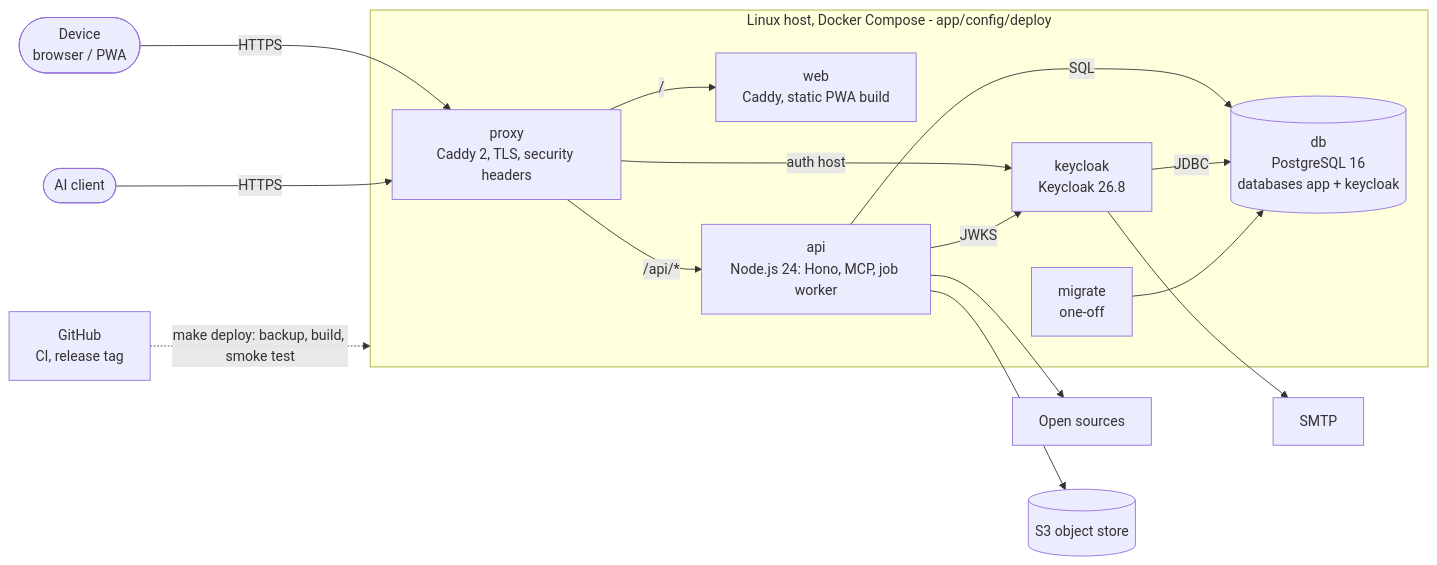
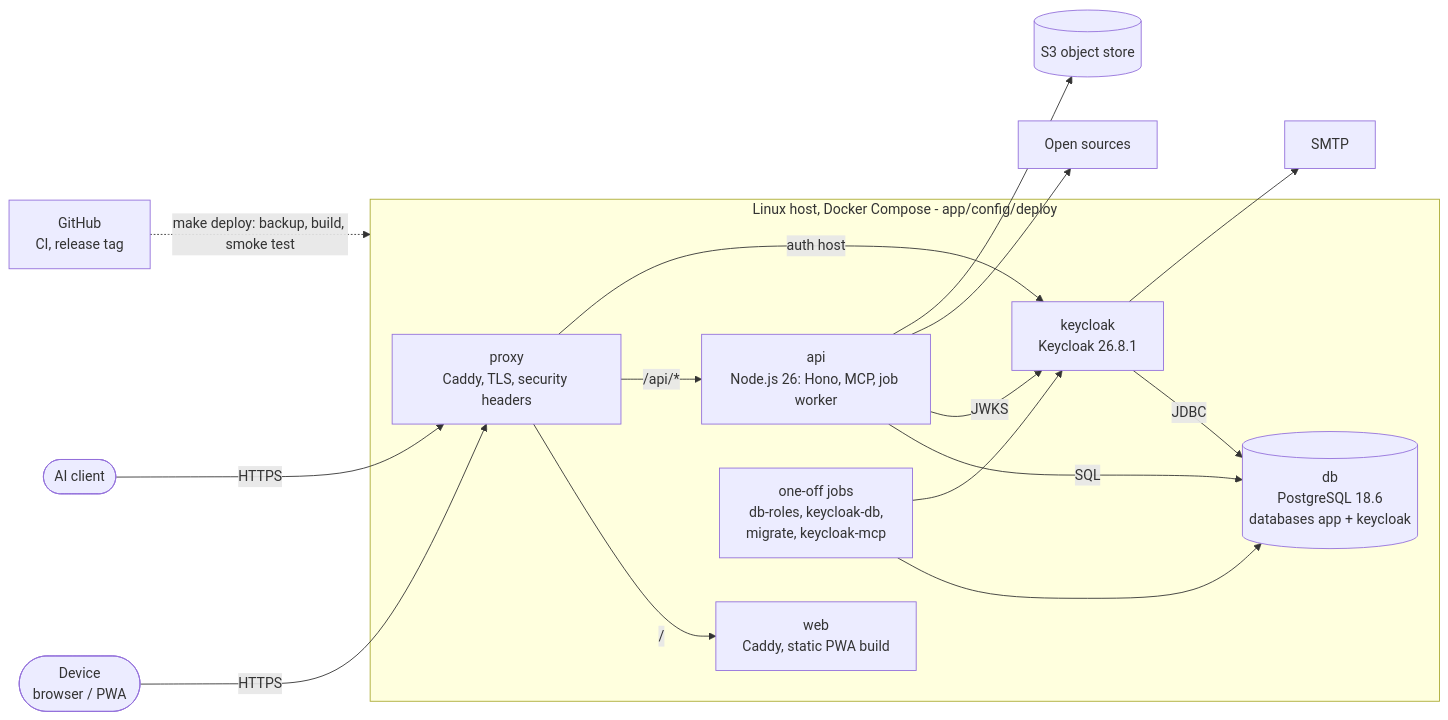
One commit to PflanzenDex/PflanzenDex changed the fifth of 5 diagrams in docs/guides/reference/arc42.md. Above: the diagram before and after it, drawn with Mermaid. The commit also changed other lines of this file, not shown here.

````diff
--- a/docs/guides/reference/arc42.md
+++ b/docs/guides/reference/arc42.md
@@ -246,30 +247,31 @@
 ```mermaid
 flowchart LR
   device([Device<br/>browser / PWA])
   aic([AI client])
   gh[GitHub<br/>CI, release tag]
   subgraph host [Linux host, Docker Compose - app/config/deploy]
-    proxy[proxy<br/>Caddy 2, TLS, security headers]
+    proxy[proxy<br/>Caddy, TLS, security headers]
     web[web<br/>Caddy, static PWA build]
-    api[api<br/>Node.js 24: Hono, MCP, job worker]
-    kc[keycloak<br/>Keycloak 26.8]
-    db[(db<br/>PostgreSQL 16<br/>databases app + keycloak)]
-    mig[migrate<br/>one-off]
+    api[api<br/>Node.js 26: Hono, MCP, job worker]
+    kc[keycloak<br/>Keycloak 26.8.1]
+    db[(db<br/>PostgreSQL 18.6<br/>databases app + keycloak)]
+    oneoff[one-off jobs<br/>db-roles, keycloak-db,<br/>migrate, keycloak-mcp]
   end
   src[Open sources]
   s3[(S3 object store)]
   smtp[SMTP]
   device -- HTTPS --> proxy
   aic -- HTTPS --> proxy
   proxy -- "/" --> web
   proxy -- "/api/*" --> api
   proxy -- auth host --> kc
   api -- SQL --> db
   kc -- JDBC --> db
   api -- JWKS --> kc
-  mig --> db
+  oneoff --> db
+  oneoff --> kc
   api --> src
   api --> s3
   kc --> smtp
   gh -. "make deploy: backup, build, smoke test" .-> host
 ```
````
